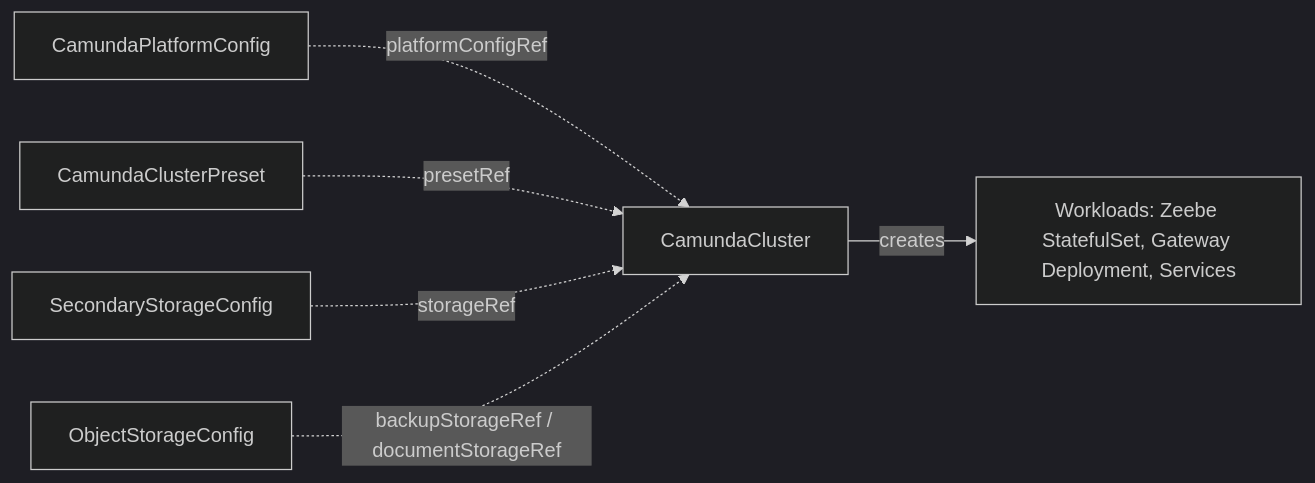
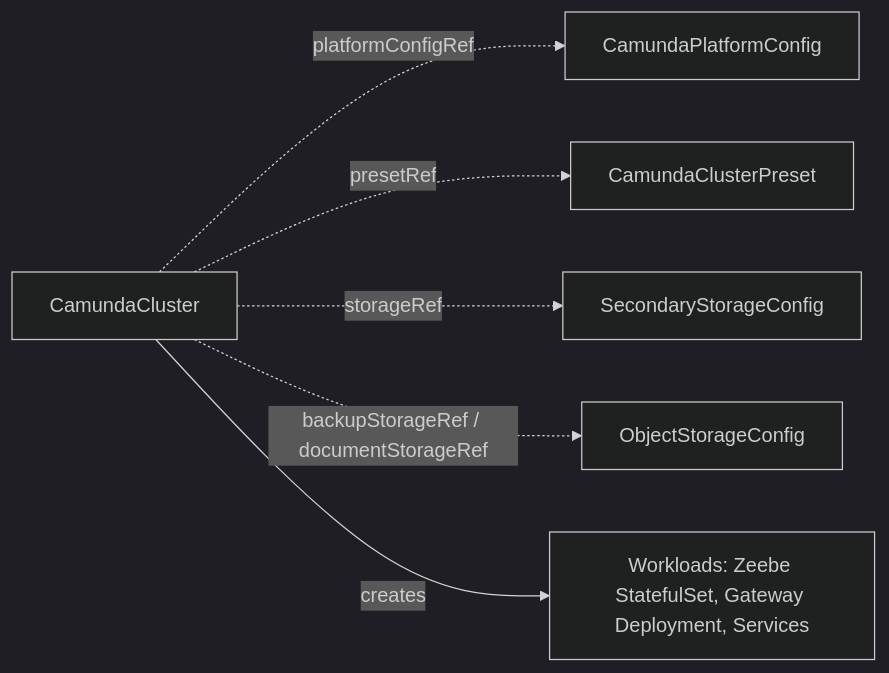
The diagram in docs/crds/camundacluster.md (konsole-is/camunda-operator), drawn with Mermaid (dark theme) before and after one commit.

Commit message:
docs: point CamundaCluster diagram edges from the ref-holder (#4)

````diff
--- a/docs/crds/camundacluster.md
+++ b/docs/crds/camundacluster.md
@@ -49,8 +49,8 @@
 ```mermaid
 graph LR
-    PFC[CamundaPlatformConfig] -.->|platformConfigRef| CC
-    CCP[CamundaClusterPreset] -.->|presetRef| CC
-    SSC["SecondaryStorageConfig"] -.->|storageRef| CC
-    OSC["ObjectStorageConfig"] -.->|backupStorageRef / documentStorageRef| CC
-    CC[CamundaCluster] -->|creates| WL["Workloads: Zeebe StatefulSet, Gateway Deployment, Services"]
+    CC[CamundaCluster] -.->|platformConfigRef| PFC[CamundaPlatformConfig]
+    CC -.->|presetRef| CCP[CamundaClusterPreset]
+    CC -.->|storageRef| SSC["SecondaryStorageConfig"]
+    CC -.->|backupStorageRef / documentStorageRef| OSC["ObjectStorageConfig"]
+    CC -->|creates| WL["Workloads: Zeebe StatefulSet, Gateway Deployment, Services"]
 ```
````
